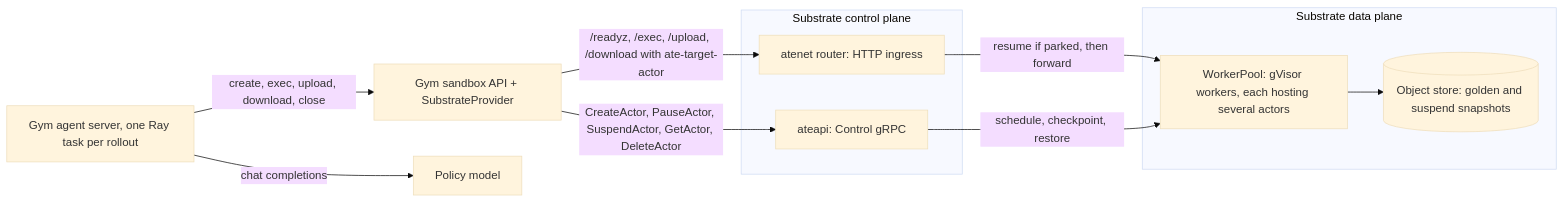
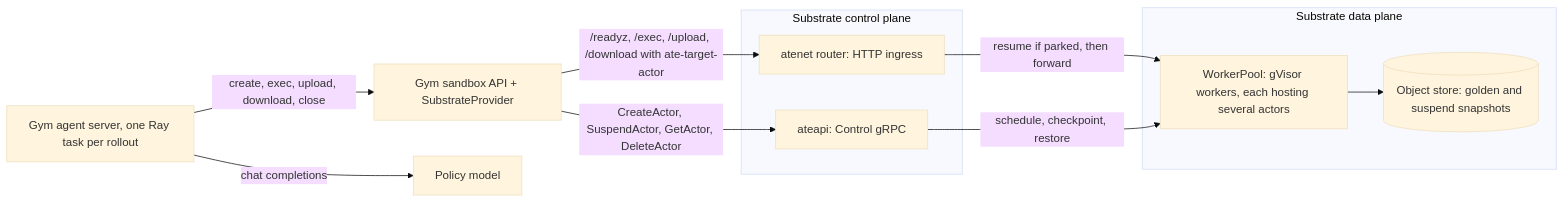
The first of 8 diagrams in docs/architecture.md (dims/gym-substrate), drawn with Mermaid (base theme) before and after one commit. The commit also changed other lines of this file and 7 other files, not shown here.

````diff
--- a/docs/architecture.md
+++ b/docs/architecture.md
@@ -21,22 +21,22 @@
 ```mermaid
 flowchart LR
   agent[Gym agent server, one Ray task per rollout]
   sapi[Gym sandbox API + SubstrateProvider]
   policy[Policy model]
   subgraph sub [Substrate control plane]
     ateapi[ateapi: Control gRPC]
     router[atenet router: HTTP ingress]
   end
   subgraph data [Substrate data plane]
     workers[WorkerPool: gVisor workers, each hosting several actors]
     store[(Object store: golden and suspend snapshots)]
   end
 
   agent -->|chat completions| policy
   agent -->|create, exec, upload, download, close| sapi
-  sapi -->|CreateActor, PauseActor, SuspendActor, GetActor, DeleteActor| ateapi
+  sapi -->|CreateActor, SuspendActor, GetActor, DeleteActor| ateapi
   sapi -->|/readyz, /exec, /upload, /download with ate-target-actor| router
   router -->|resume if parked, then forward| workers
   ateapi -->|schedule, checkpoint, restore| workers
   workers --> store
 ```
````
